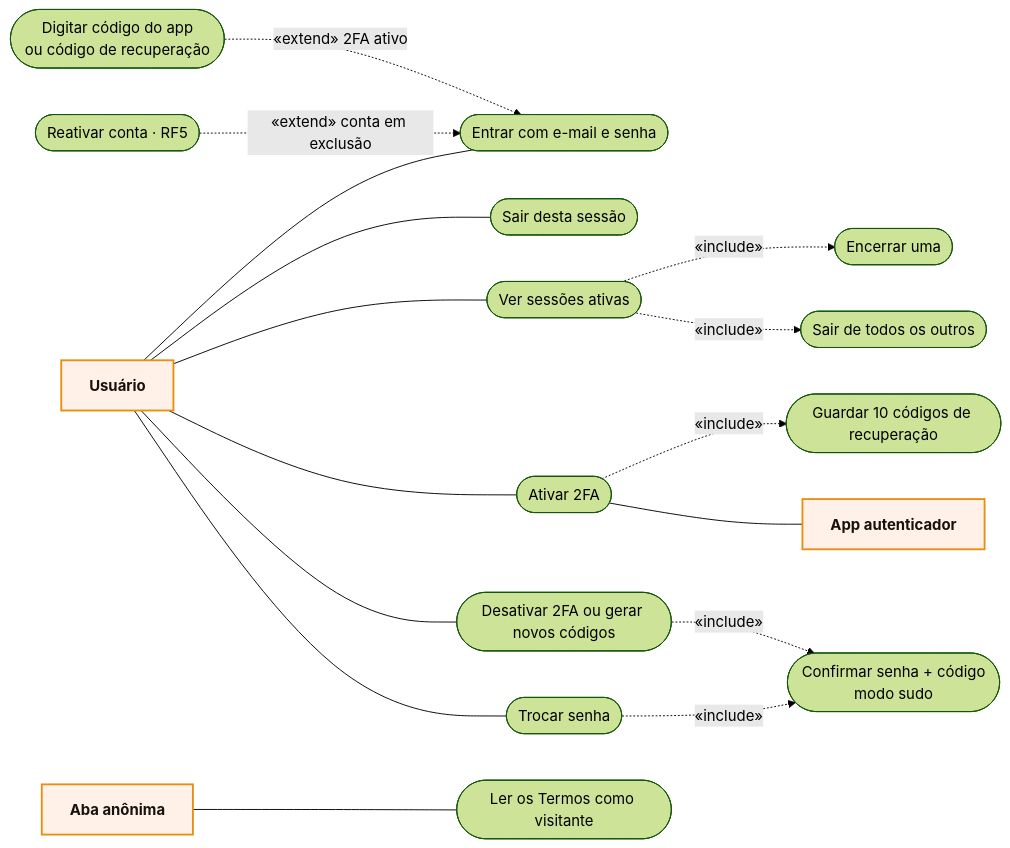
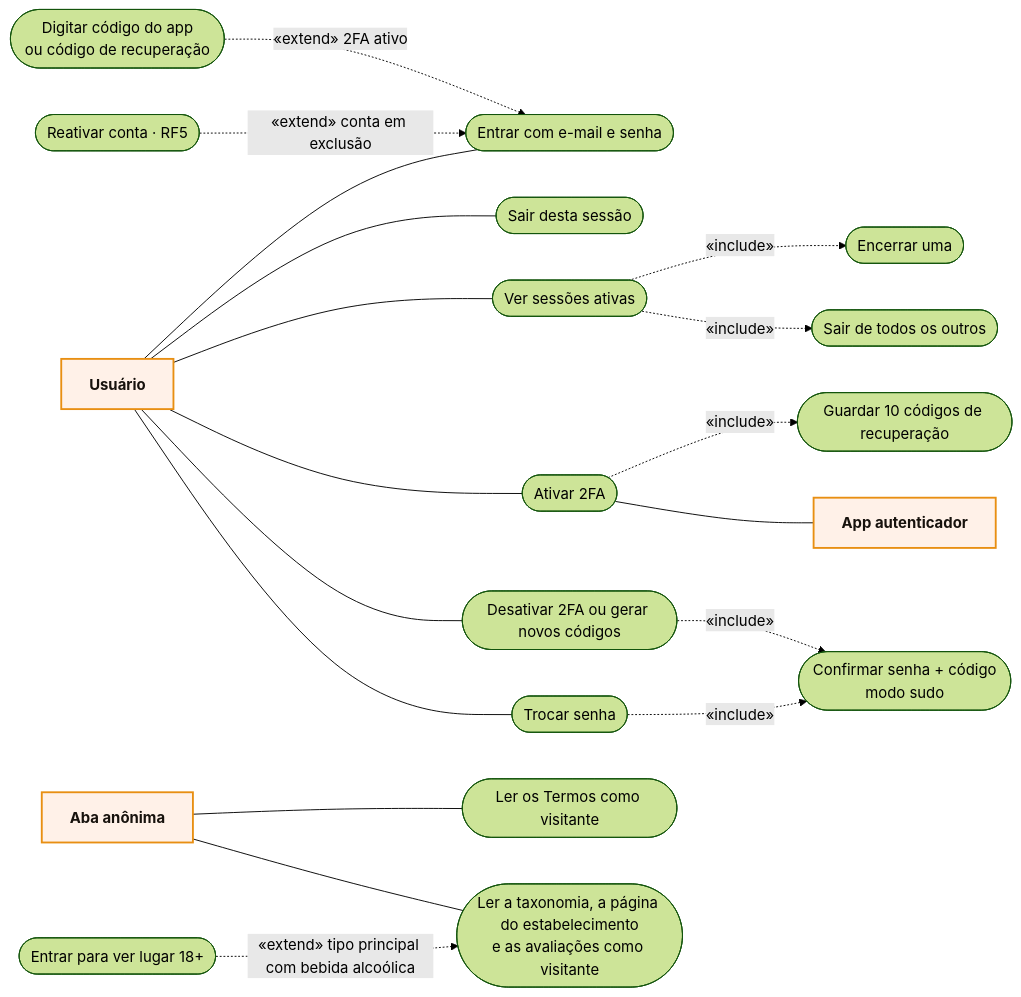
Before and after one commit to MatheusHaliski/Friendly-Eats: the diagram in docs/RF4/casos-de-uso.md, drawn with Mermaid (forest theme). The commit also changed 79 other files, not shown here.

````diff
--- a/docs/RF4/casos-de-uso.md
+++ b/docs/RF4/casos-de-uso.md
@@ -3,34 +3,37 @@
 ```mermaid
 flowchart LR
     U["Usuário"]:::actor
     A["Aba anônima"]:::actor
 
     L(["Entrar com e-mail e senha"])
     M(["Digitar código do app<br/>ou código de recuperação"])
     R(["Reativar conta · RF5"])
     O(["Sair desta sessão"])
     S(["Ver sessões ativas"])
     S1(["Encerrar uma"])
     S2(["Sair de todos os outros"])
     F(["Ativar 2FA"])
     F2(["Guardar 10 códigos de recuperação"])
     D(["Desativar 2FA ou gerar novos códigos"])
     SU(["Confirmar senha + código<br/>modo sudo"])
     P(["Trocar senha"])
     X(["Ler os Termos como visitante"])
+    XT(["Ler a taxonomia, a página do estabelecimento<br/>e as avaliações como visitante"])
+    X18(["Entrar para ver lugar 18+"])
 
     APP["App autenticador"]:::actor
 
     U --- L & O & S & F & D & P
-    A --- X
+    A --- X & XT
+    X18 -. «extend» tipo principal com bebida alcoólica .-> XT
     M -. «extend» 2FA ativo .-> L
     R -. «extend» conta em exclusão .-> L
     S -. «include» .-> S1
     S -. «include» .-> S2
     F -. «include» .-> F2
     D -. «include» .-> SU
     P -. «include» .-> SU
     F --- APP
 
     classDef actor fill:#FFF1E8,stroke:#E88F12,stroke-width:2px,color:#17120D,font-weight:bold
 ```
````
